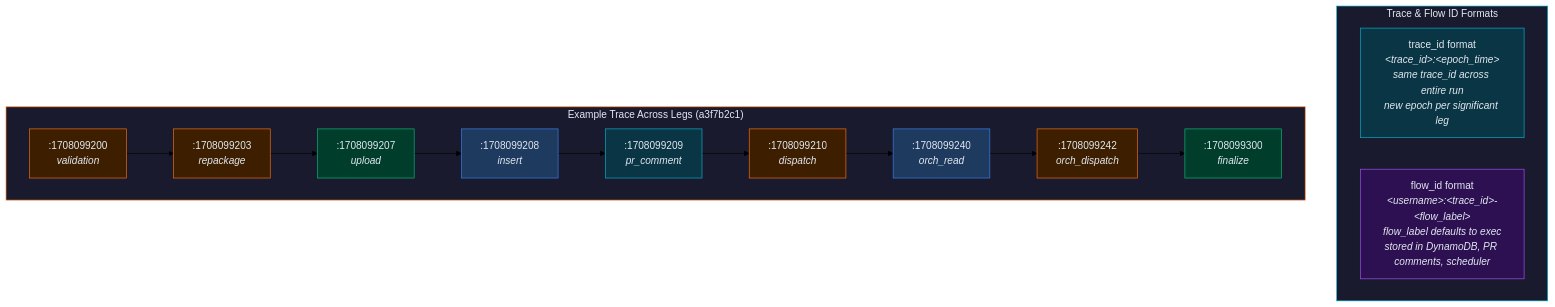
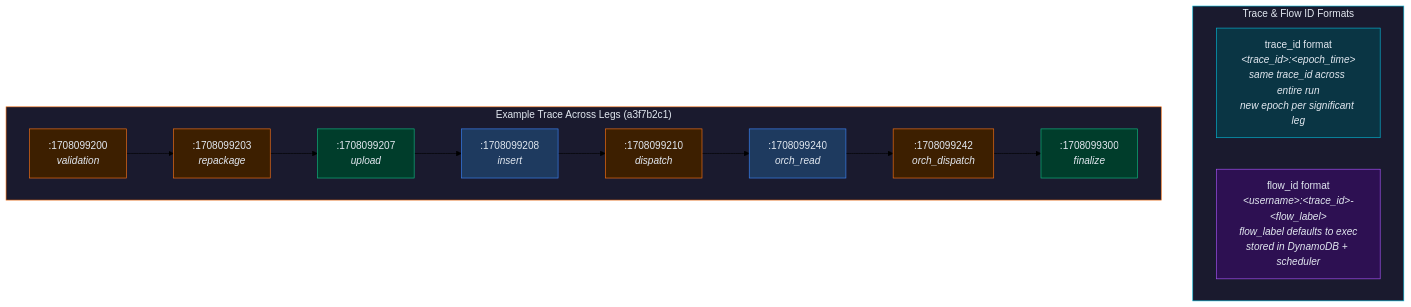
Before and after one commit to config0-hub/aws-execution-engine: diagram 34 of 36 in docs/ARCHITECTURE.md, drawn with Mermaid (forest theme). The commit also changed other lines of this file and 170 other files, not shown here.

````diff
--- a/docs/ARCHITECTURE.md
+++ b/docs/ARCHITECTURE.md
@@ -730,35 +713,33 @@
 ```mermaid
 graph TB
     subgraph Format["Trace & Flow ID Formats"]
         TraceID["trace_id format<br><i>&lt;trace_id&gt;:&lt;epoch_time&gt;</i><br><i>same trace_id across entire run</i><br><i>new epoch per significant leg</i>"]
-        FlowID["flow_id format<br><i>&lt;username&gt;:&lt;trace_id&gt;-&lt;flow_label&gt;</i><br><i>flow_label defaults to exec</i><br><i>stored in DynamoDB, PR comments, scheduler</i>"]
+        FlowID["flow_id format<br><i>&lt;username&gt;:&lt;trace_id&gt;-&lt;flow_label&gt;</i><br><i>flow_label defaults to exec</i><br><i>stored in DynamoDB + scheduler</i>"]
     end
 
     subgraph Trace["Example Trace Across Legs (a3f7b2c1)"]
         T1[":1708099200<br><i>validation</i>"]
         T2[":1708099203<br><i>repackage</i>"]
         T3[":1708099207<br><i>upload</i>"]
         T4[":1708099208<br><i>insert</i>"]
-        T5[":1708099209<br><i>pr_comment</i>"]
         T6[":1708099210<br><i>dispatch</i>"]
         T7[":1708099240<br><i>orch_read</i>"]
         T8[":1708099242<br><i>orch_dispatch</i>"]
         T9[":1708099300<br><i>finalize</i>"]
     end
 
-    T1 --> T2 --> T3 --> T4 --> T5 --> T6 --> T7 --> T8 --> T9
+    T1 --> T2 --> T3 --> T4 --> T6 --> T7 --> T8 --> T9
 
     style TraceID fill:#0a3544,stroke:#06b6d4,color:#e2e8f0
     style FlowID fill:#2d1052,stroke:#a855f7,color:#e2e8f0
     style T1 fill:#3d1f00,stroke:#f97316,color:#e2e8f0
     style T2 fill:#3d1f00,stroke:#f97316,color:#e2e8f0
     style T3 fill:#003d2b,stroke:#10b981,color:#e2e8f0
     style T4 fill:#1e3a5f,stroke:#3b82f6,color:#e2e8f0
-    style T5 fill:#0a3544,stroke:#06b6d4,color:#e2e8f0
     style T6 fill:#3d1f00,stroke:#f97316,color:#e2e8f0
     style T7 fill:#1e3a5f,stroke:#3b82f6,color:#e2e8f0
     style T8 fill:#3d1f00,stroke:#f97316,color:#e2e8f0
     style T9 fill:#003d2b,stroke:#10b981,color:#e2e8f0
     style Format fill:#1a1a2e,stroke:#06b6d4,color:#e2e8f0
     style Trace fill:#1a1a2e,stroke:#f97316,color:#e2e8f0
 ```
````
